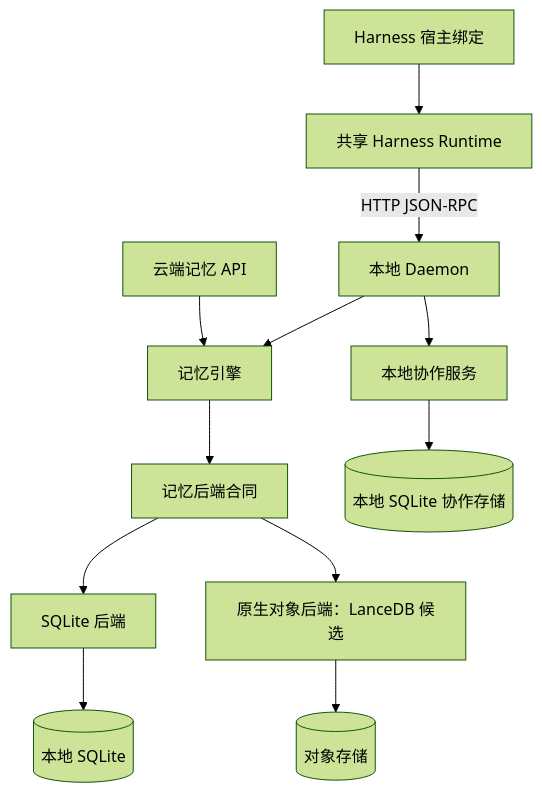
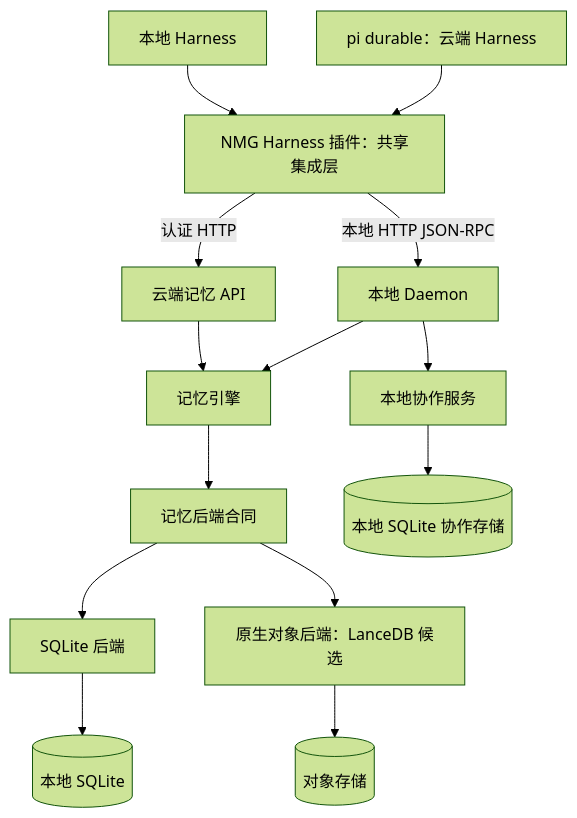
The diagram in docs/design/unified-architecture.zh-CN.md (wefio/NodeMemoryGraph), drawn with Mermaid (forest theme) before and after one commit. The commit also changed other lines of this file and 8 other files, not shown here.

First line of the commit message:
docs(architecture): complete pi durable cloud integration design

````diff
--- a/docs/design/unified-architecture.zh-CN.md
+++ b/docs/design/unified-architecture.zh-CN.md
@@ -18,14 +18,16 @@
 ```mermaid
 flowchart TB
-  Host[Harness 宿主绑定] --> Runtime[共享 Harness Runtime]
-  Runtime -->|HTTP JSON-RPC| Daemon[本地 Daemon]
+  Host[本地 Harness] --> Integration[NMG Harness 插件：共享集成层]
+  Durable[pi durable：云端 Harness] --> Integration
+  Integration -->|本地 HTTP JSON-RPC| Daemon[本地 Daemon]
+  Integration -->|认证 HTTP| Cloud[云端记忆 API]
   Cloud[云端记忆 API] --> Engine[记忆引擎]
   Daemon --> Engine
   Engine --> Port[记忆后端合同]
   Port --> SQL[SQLite 后端]
   Port --> Native[原生对象后端：LanceDB 候选]
   SQL --> LocalDB[(本地 SQLite)]
   Native --> Objects[(对象存储)]
   Daemon --> Coordination[本地协作服务]
   Coordination --> CoordDB[(本地 SQLite 协作存储)]
 ```
````
